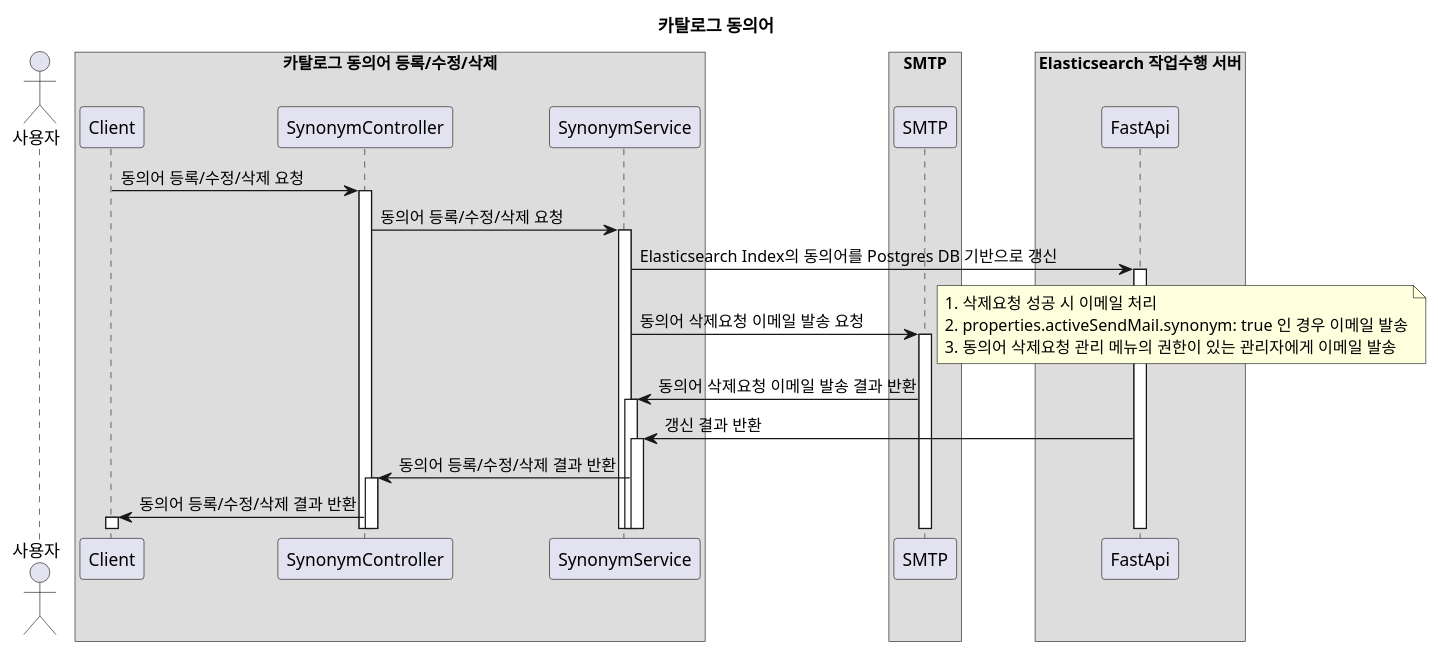
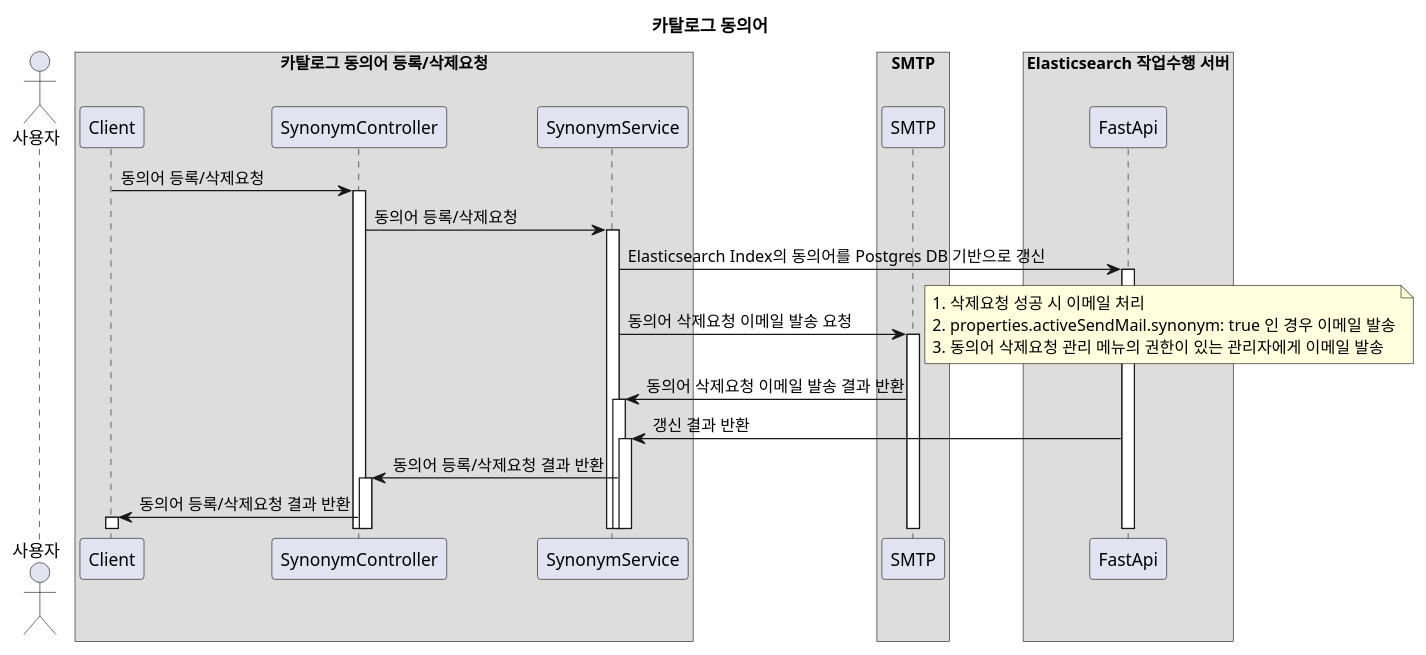
One commit to DataFabricTech/DataFabricVisual changed the diagram in project/portal/docs/synonym_process.puml. Above: the diagram before and after it, drawn with PlantUML. The commit also changed 2 other files, not shown here.

Commit message:
mod. 프로세스 UML 수정

```diff
--- a/project/portal/docs/synonym_process.puml
+++ b/project/portal/docs/synonym_process.puml
@@ -1,37 +1,37 @@
 @startuml
 
 autoactivate on
 
 title 카탈로그 동의어
 
 actor 사용자 as user
 
-box "카탈로그 동의어 등록/수정/삭제"
+box "카탈로그 동의어 등록/삭제요청"
 participant Client as client
 participant SynonymController as synonymController
 participant SynonymService as synonymService
 end box
 
 box "SMTP"
 participant SMTP as SMTP
 end box
 
 box "Elasticsearch 작업수행 서버"
 participant FastApi as fastApi
 end box
 
-client -> synonymController : 동의어 등록/수정/삭제 요청
-synonymController -> synonymService : 동의어 등록/수정/삭제 요청
+client -> synonymController : 동의어 등록/삭제요청
+synonymController -> synonymService : 동의어 등록/삭제요청
 synonymService -> fastApi : Elasticsearch Index의 동의어를 Postgres DB 기반으로 갱신
 synonymService -> SMTP : 동의어 삭제요청 이메일 발송 요청
 note right
     1. 삭제요청 성공 시 이메일 처리
     2. properties.activeSendMail.synonym: true 인 경우 이메일 발송
     3. 동의어 삭제요청 관리 메뉴의 권한이 있는 관리자에게 이메일 발송
 end note
 SMTP -> synonymService : 동의어 삭제요청 이메일 발송 결과 반환
 fastApi -> synonymService : 갱신 결과 반환
-synonymService -> synonymController : 동의어 등록/수정/삭제 결과 반환
-synonymController -> client : 동의어 등록/수정/삭제 결과 반환
+synonymService -> synonymController : 동의어 등록/삭제요청 결과 반환
+synonymController -> client : 동의어 등록/삭제요청 결과 반환
 
 @enduml
```
